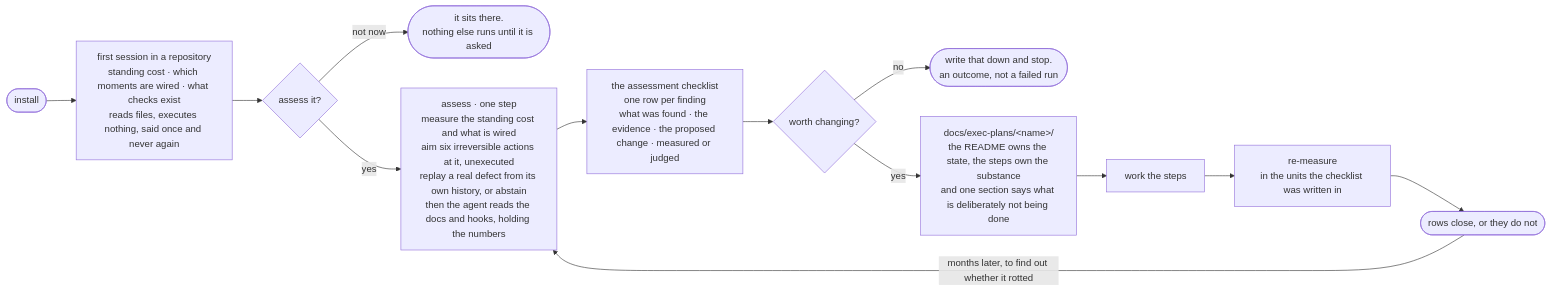
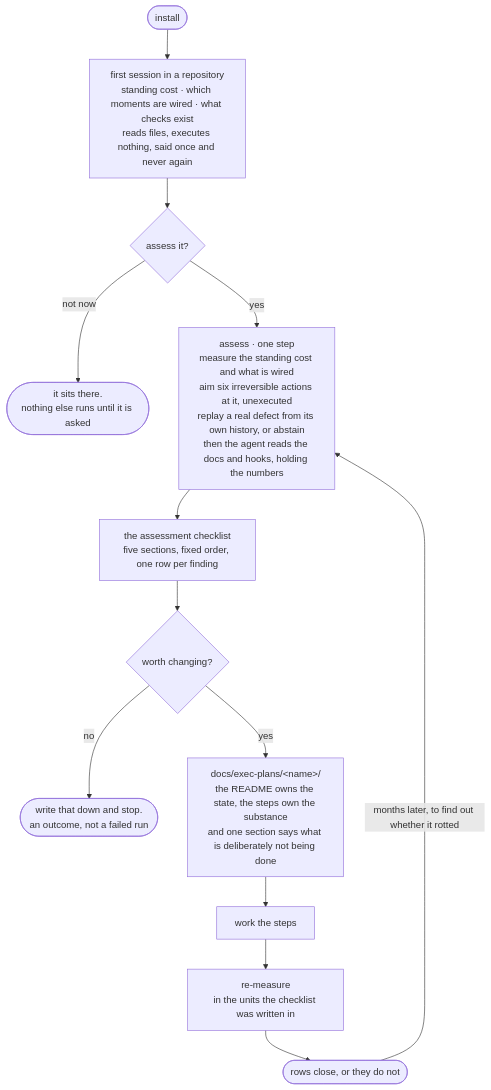
One commit to WangChangxin0809/cc-repo-harness changed the first of 2 diagrams in README.md. Above: the diagram before and after it, drawn with Mermaid. The commit also changed other lines of this file and 11 other files, not shown here.

````diff
--- a/README.md
+++ b/README.md
@@ -106,15 +106,15 @@
 ```mermaid
-flowchart LR
+flowchart TD
     I(["install"]) --> N["first session in a repository<br/>standing cost · which moments are wired · what checks exist<br/>reads files, executes nothing, said once and never again"]
     N --> Q0{"assess it?"}
     Q0 -->|"not now"| Z(["it sits there.<br/>nothing else runs until it is asked"])
     Q0 -->|"yes"| A["assess · one step<br/>measure the standing cost and what is wired<br/>aim six irreversible actions at it, unexecuted<br/>replay a real defect from its own history, or abstain<br/>then the agent reads the docs and hooks, holding the numbers"]
-    A --> L["the assessment checklist<br/>one row per finding<br/>what was found · the evidence · the proposed change · measured or judged"]
+    A --> L["the assessment checklist<br/>five sections, fixed order, one row per finding"]
     L --> Q1{"worth changing?"}
     Q1 -->|"no"| Z2(["write that down and stop.<br/>an outcome, not a failed run"])
     Q1 -->|"yes"| P["docs/exec-plans/&lt;name&gt;/<br/>the README owns the state, the steps own the substance<br/>and one section says what is deliberately not being done"]
     P --> W["work the steps"]
     W --> R["re-measure<br/>in the units the checklist was written in"]
     R --> C(["rows close, or they do not"])
     C -->|"months later, to find out whether it rotted"| A
 ```
````
